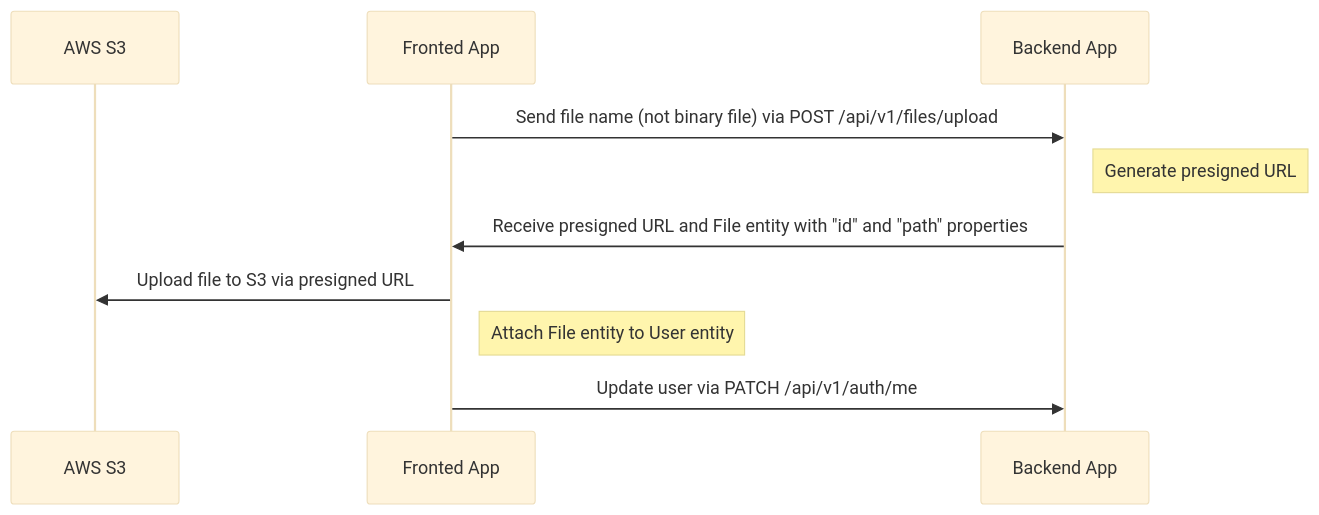
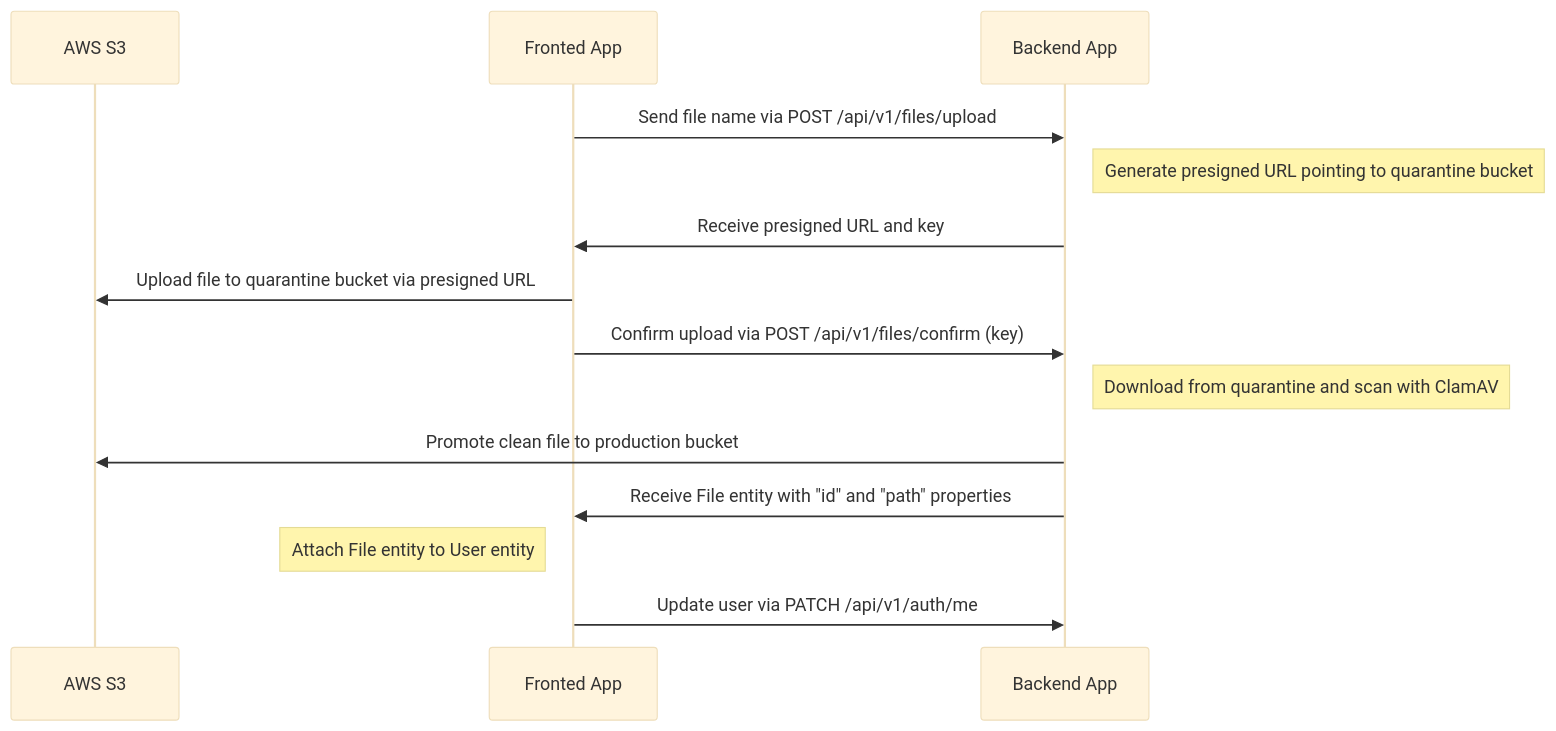
The third of 5 diagrams in docs/file-uploading.md (brocoders/nestjs-boilerplate), drawn with Mermaid (base theme) before and after one commit. The commit also changed other lines of this file, not shown here.

Commit message:
feat(files): add pompelmi upload security scanning before storage

````diff
--- a/docs/file-uploading.md
+++ b/docs/file-uploading.md
@@ -160,14 +169,17 @@
 ```mermaid
 sequenceDiagram
     participant C as AWS S3
     participant A as Fronted App
-    
     participant B as Backend App
 
-    A->>B: Send file name (not binary file) via POST /api/v1/files/upload
-    note right of B: Generate presigned URL
-    B->>A: Receive presigned URL and File entity with "id" and "path" properties
-    A->>C: Upload file to S3 via presigned URL
-    note right of A: Attach File entity to User entity
+    A->>B: Send file name via POST /api/v1/files/upload
+    note right of B: Generate presigned URL pointing to quarantine bucket
+    B->>A: Receive presigned URL and key
+    A->>C: Upload file to quarantine bucket via presigned URL
+    A->>B: Confirm upload via POST /api/v1/files/confirm (key)
+    note right of B: Download from quarantine and scan with ClamAV
+    B->>C: Promote clean file to production bucket
+    B->>A: Receive File entity with "id" and "path" properties
+    note left of A: Attach File entity to User entity
     A->>B: Update user via PATCH /api/v1/auth/me
 ```
````
